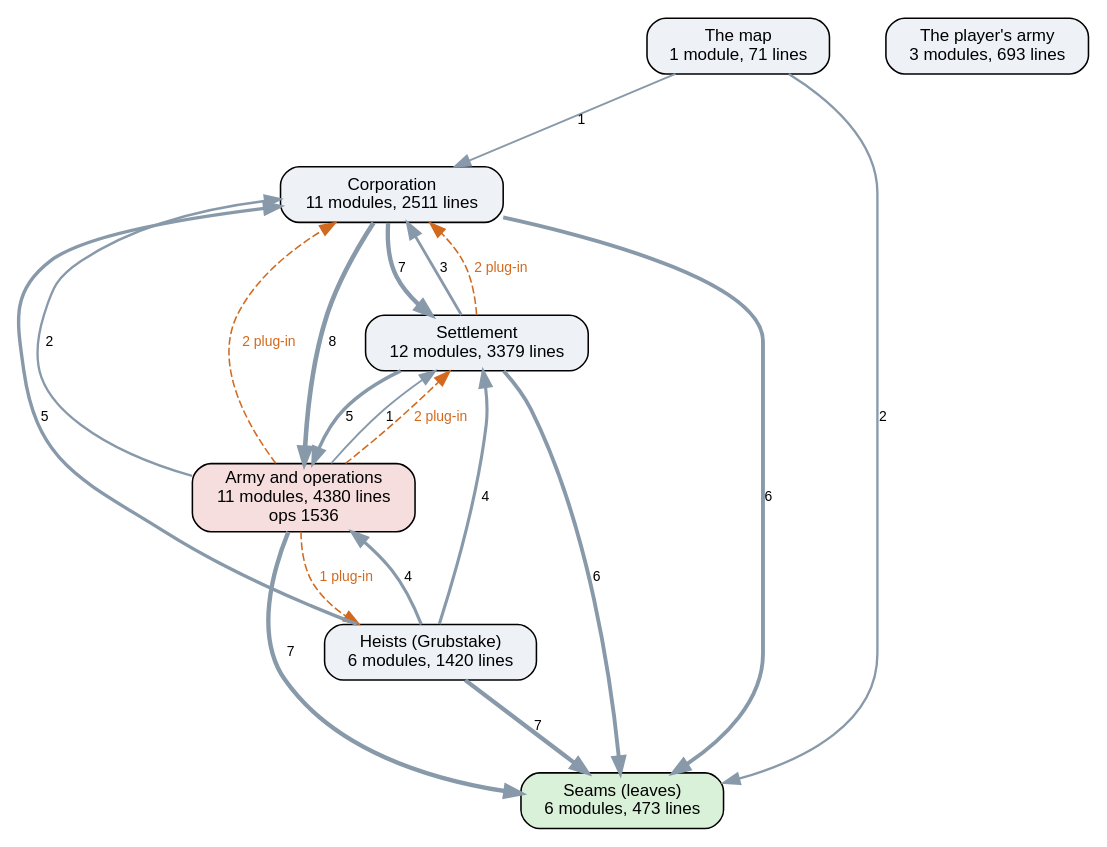
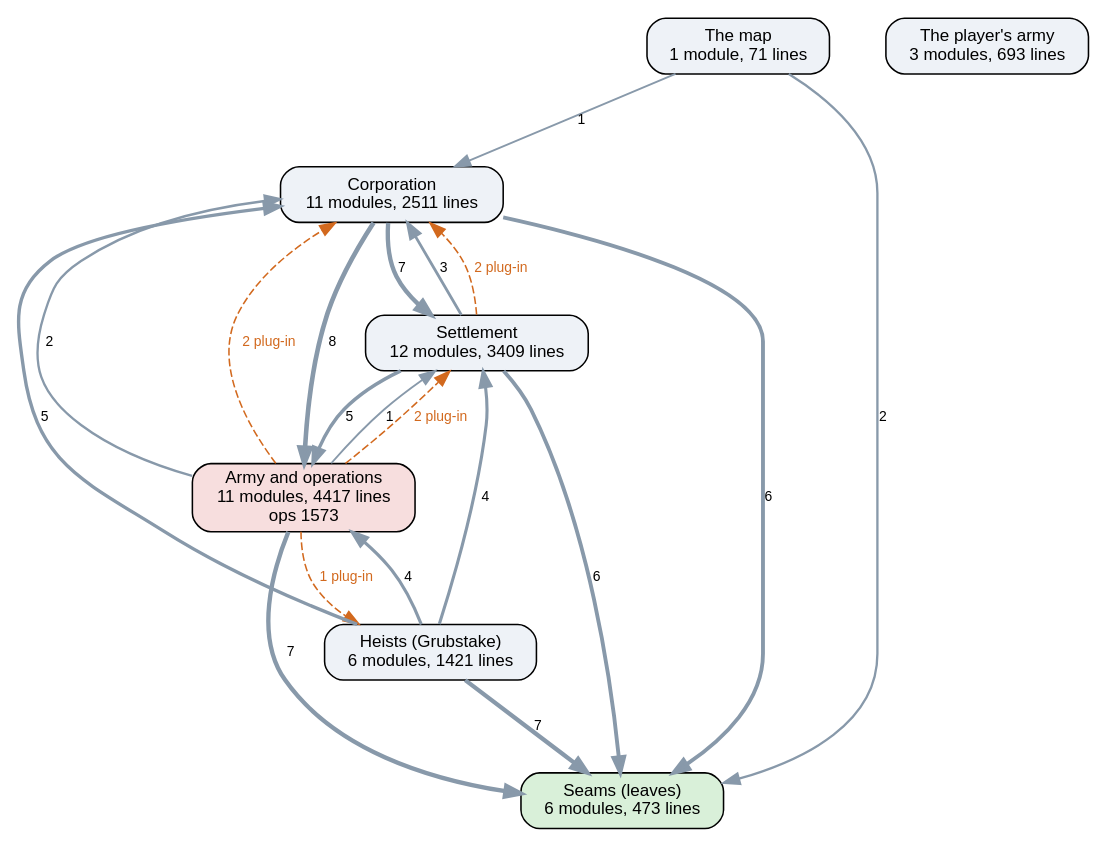
Before and after one commit to kinelhu/landing-party: the diagram in docs/ai-layers.dot, drawn with Graphviz. The commit also changed 13 other files, not shown here.

```diff
--- a/docs/ai-layers.dot
+++ b/docs/ai-layers.dot
@@ -1,31 +1,31 @@
 digraph layers {
   graph [rankdir=TB, fontname="Helvetica", nodesep=0.5, ranksep=0.7];
   node [shape=box, style="rounded,filled", fontname="Helvetica", fontsize=11, fillcolor="#eef2f7"];
   edge [color="#8899aa", fontname="Helvetica", fontsize=9];
   "Seams (leaves)" [label="Seams (leaves)\n6 modules, 473 lines", fillcolor="#d9f0d9"];
   "Corporation" [label="Corporation\n11 modules, 2511 lines", fillcolor="#eef2f7"];
-  "Settlement" [label="Settlement\n12 modules, 3379 lines", fillcolor="#eef2f7"];
-  "Army and operations" [label="Army and operations\n11 modules, 4380 lines\nops 1536", fillcolor="#f7dede"];
-  "Heists (Grubstake)" [label="Heists (Grubstake)\n6 modules, 1420 lines", fillcolor="#eef2f7"];
+  "Settlement" [label="Settlement\n12 modules, 3409 lines", fillcolor="#eef2f7"];
+  "Army and operations" [label="Army and operations\n11 modules, 4417 lines\nops 1573", fillcolor="#f7dede"];
+  "Heists (Grubstake)" [label="Heists (Grubstake)\n6 modules, 1421 lines", fillcolor="#eef2f7"];
   "The map" [label="The map\n1 module, 71 lines", fillcolor="#eef2f7"];
   "The player's army" [label="The player's army\n3 modules, 693 lines", fillcolor="#eef2f7"];
   "Army and operations" -> "Corporation" [label="2", penwidth=1.5];
   "Army and operations" -> "Seams (leaves)" [label="7", penwidth=2.8];
   "Army and operations" -> "Settlement" [label="1", penwidth=1.2];
   "Corporation" -> "Army and operations" [label="8", penwidth=3.0];
   "Corporation" -> "Seams (leaves)" [label="6", penwidth=2.5];
   "Corporation" -> "Settlement" [label="7", penwidth=2.8];
   "Heists (Grubstake)" -> "Army and operations" [label="4", penwidth=2.0];
   "Heists (Grubstake)" -> "Corporation" [label="5", penwidth=2.2];
   "Heists (Grubstake)" -> "Seams (leaves)" [label="7", penwidth=2.8];
   "Heists (Grubstake)" -> "Settlement" [label="4", penwidth=2.0];
   "Settlement" -> "Army and operations" [label="5", penwidth=2.2];
   "Settlement" -> "Corporation" [label="3", penwidth=1.8];
   "Settlement" -> "Seams (leaves)" [label="6", penwidth=2.5];
   "The map" -> "Corporation" [label="1", penwidth=1.2];
   "The map" -> "Seams (leaves)" [label="2", penwidth=1.5];
   "Army and operations" -> "Corporation" [style=dashed, color="#d2691e", fontcolor="#d2691e", label="2 plug-in"];
   "Army and operations" -> "Heists (Grubstake)" [style=dashed, color="#d2691e", fontcolor="#d2691e", label="1 plug-in"];
   "Army and operations" -> "Settlement" [style=dashed, color="#d2691e", fontcolor="#d2691e", label="2 plug-in"];
   "Settlement" -> "Corporation" [style=dashed, color="#d2691e", fontcolor="#d2691e", label="2 plug-in"];
 }
```
